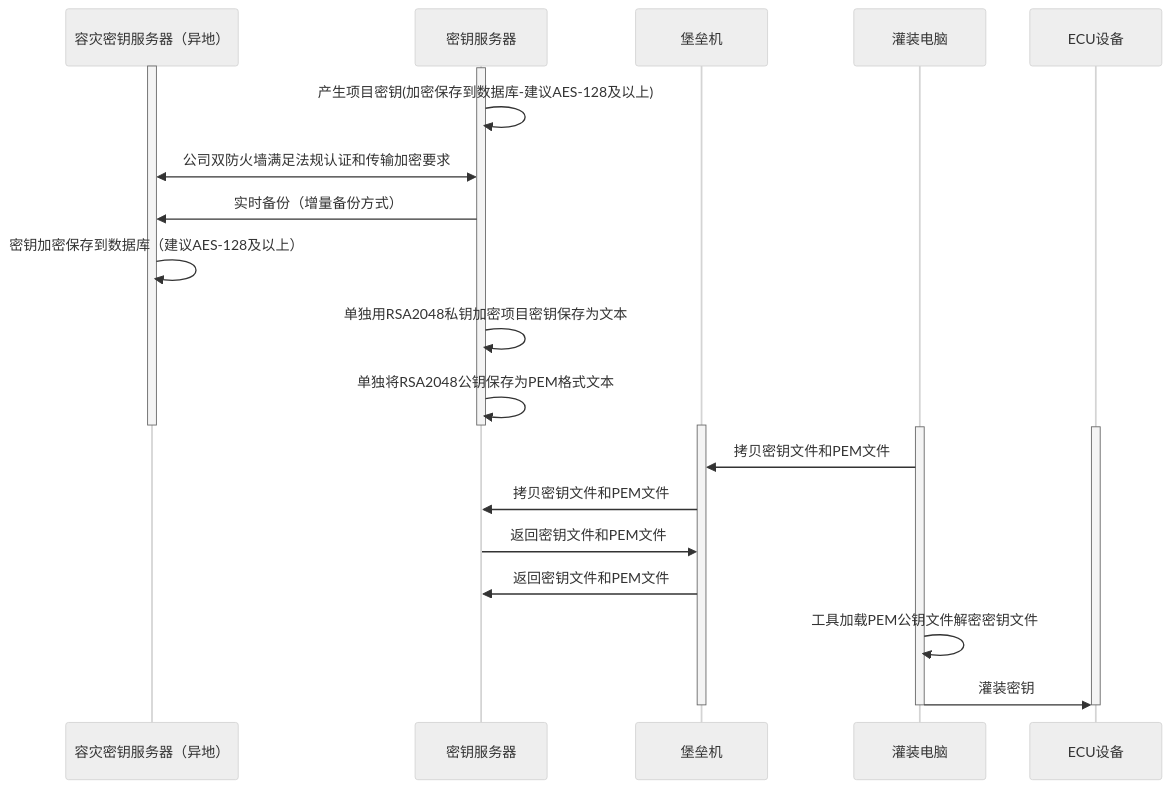
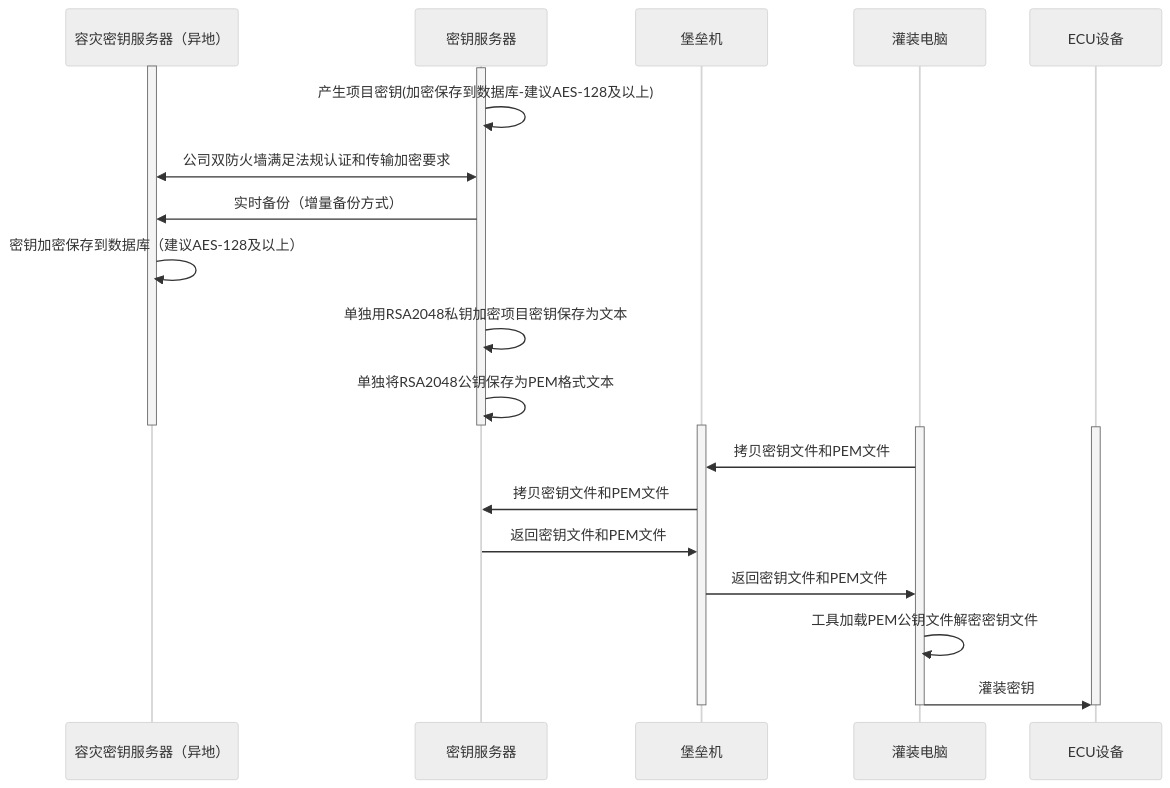
The diagram in all/未命名-15.md (facebook-cloud/iodraw-files), drawn with Mermaid (neutral theme) before and after one commit.

Commit message:
2026-02-07 14:10:45 update

````diff
--- a/all/未命名-15.md
+++ b/all/未命名-15.md
@@ -1,34 +1,34 @@
 ```mermaid
 sequenceDiagram
     participant A as 容灾密钥服务器（异地）
     participant B as 密钥服务器
     participant C as 堡垒机
     participant D as 灌装电脑
     participant E as ECU设备
 
     activate A
     activate B
     B->>B: 产生项目密钥(加密保存到数据库-建议AES-128及以上)
     A<<->>B: 公司双防火墙满足法规认证和传输加密要求
     B->>A: 实时备份（增量备份方式）
     A->>A: 密钥加密保存到数据库（建议AES-128及以上）
     B->>B: 单独用RSA2048私钥加密项目密钥保存为文本
     B->>B: 单独将RSA2048公钥保存为PEM格式文本
     deactivate B
     deactivate A
 
     activate C
     activate D
     activate E
 
     D->>C: 拷贝密钥文件和PEM文件
     C->>B: 拷贝密钥文件和PEM文件
     B->>C: 返回密钥文件和PEM文件
-    C->>B: 返回密钥文件和PEM文件
+    C->>D: 返回密钥文件和PEM文件
     D->>D:工具加载PEM公钥文件解密密钥文件
     D->>E: 灌装密钥
     deactivate C
     deactivate D
     deactivate E
 
 ```
````
